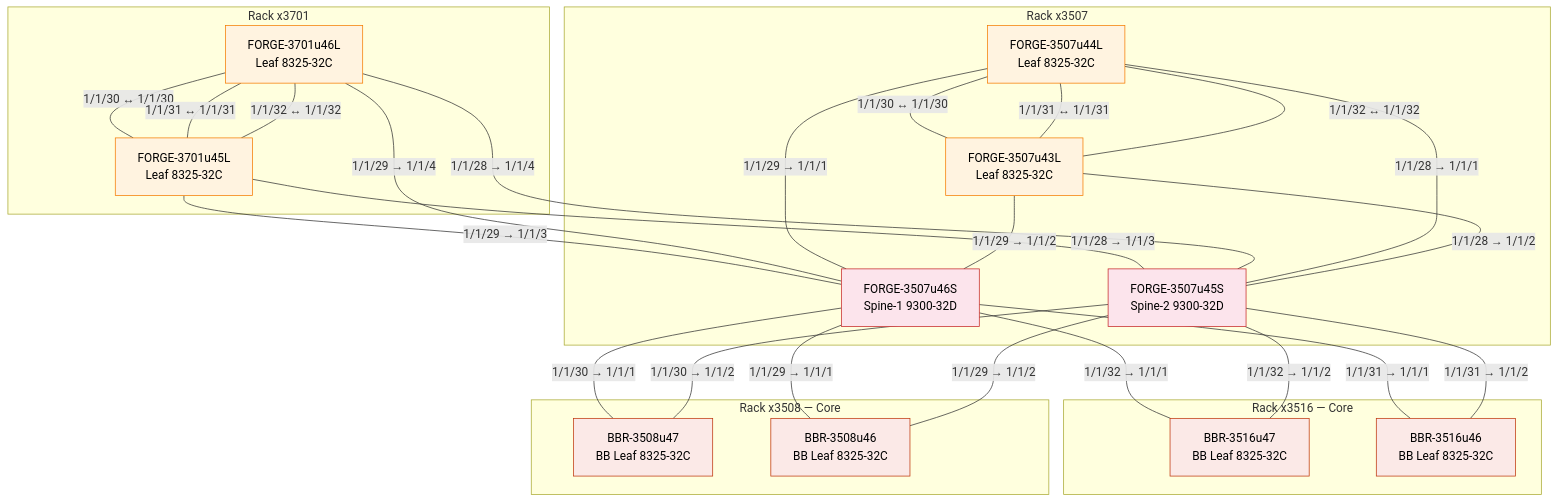
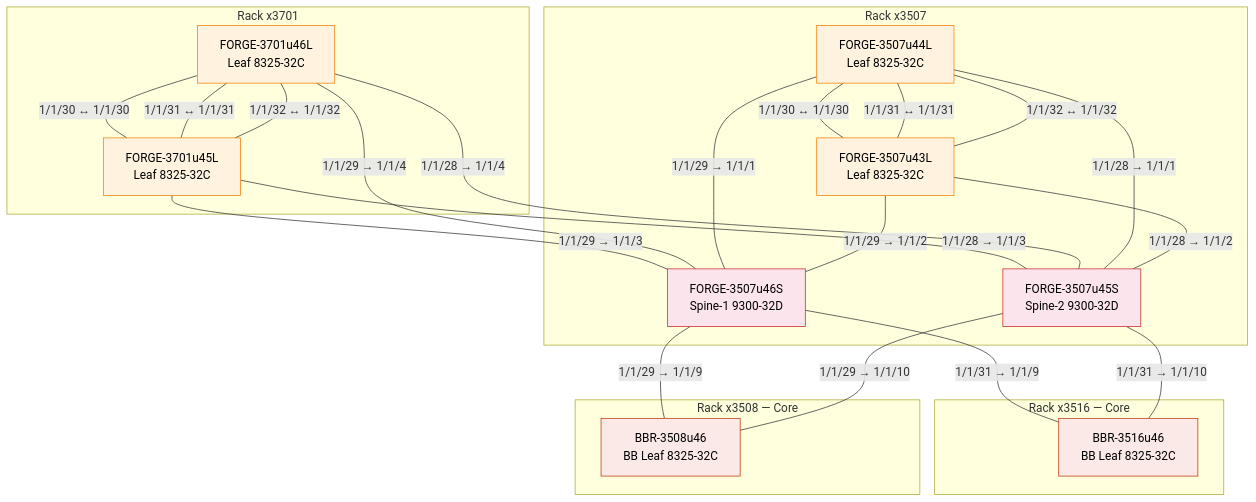
Before and after one commit to Cray-HPE/cani: the third of 3 diagrams in gnv2.md, drawn with Mermaid. The commit also changed other lines of this file and 6 other files, not shown here.

````diff
--- a/gnv2.md
+++ b/gnv2.md
@@ -117,63 +155,57 @@
 ```mermaid
 graph TB
     classDef leaf fill:#fff3e0,stroke:#f57c00,color:#000
     classDef spine fill:#fce4ec,stroke:#c62828,color:#000
     classDef bbleaf fill:#fbe9e7,stroke:#bf360c,color:#000
 
     subgraph x3701["Rack x3701"]
         FORGE3701u46L["FORGE-3701u46L<br/>Leaf 8325-32C"]:::leaf
         FORGE3701u45L["FORGE-3701u45L<br/>Leaf 8325-32C"]:::leaf
     end
 
     subgraph x3507["Rack x3507"]
         FORGE3507u46S["FORGE-3507u46S<br/>Spine-1 9300-32D"]:::spine
         FORGE3507u45S["FORGE-3507u45S<br/>Spine-2 9300-32D"]:::spine
         FORGE3507u44L["FORGE-3507u44L<br/>Leaf 8325-32C"]:::leaf
         FORGE3507u43L["FORGE-3507u43L<br/>Leaf 8325-32C"]:::leaf
     end
 
     subgraph x3516["Rack x3516 — Core"]
-        BBR47L["BBR-3516u47<br/>BB Leaf 8325-32C"]:::bbleaf
         BBR46L["BBR-3516u46<br/>BB Leaf 8325-32C"]:::bbleaf
     end
 
     subgraph x3508["Rack x3508 — Core"]
-        BBR3508u47["BBR-3508u47<br/>BB Leaf 8325-32C"]:::bbleaf
         BBR3508u46["BBR-3508u46<br/>BB Leaf 8325-32C"]:::bbleaf
     end
 
     %% ── x3701 leaves → x3507 spines ──
     FORGE3701u45L -- "1/1/29 → 1/1/3" --- FORGE3507u46S
     FORGE3701u45L -- "1/1/28 → 1/1/3" --- FORGE3507u45S
     FORGE3701u46L -- "1/1/29 → 1/1/4" --- FORGE3507u46S
     FORGE3701u46L -- "1/1/28 → 1/1/4" --- FORGE3507u45S
 
     %% ── x3701 ISL: u46L ↔ u45L (VSX) ──
     FORGE3701u46L -- "1/1/30 ↔ 1/1/30" --- FORGE3701u45L
     FORGE3701u46L -- "1/1/31 ↔ 1/1/31" --- FORGE3701u45L
     FORGE3701u46L -- "1/1/32 ↔ 1/1/32" --- FORGE3701u45L
 
     %% ── x3507 leaves → local spines ──
     FORGE3507u44L -- "1/1/29 → 1/1/1" --- FORGE3507u46S
     FORGE3507u44L -- "1/1/28 → 1/1/1" --- FORGE3507u45S
     FORGE3507u43L -- "1/1/29 → 1/1/2" --- FORGE3507u46S
     FORGE3507u43L -- "1/1/28 → 1/1/2" --- FORGE3507u45S
 
     %% ── x3507 ISL: u44L ↔ u43L (VSX) ──
     FORGE3507u44L -- "1/1/30 ↔ 1/1/30" --- FORGE3507u43L
     FORGE3507u44L -- "1/1/31 ↔ 1/1/31" --- FORGE3507u43L
     FORGE3507u44L -- "1/1/32 ↔ 1/1/32" --- FORGE3507u43L
 
     %% ── x3507 spines → BBR backbone leaves in x3516 (cross-rack) ──
-    FORGE3507u46S -- "1/1/32 → 1/1/1" --- BBR47L
-    FORGE3507u46S -- "1/1/31 → 1/1/1" --- BBR46L
-    FORGE3507u45S -- "1/1/32 → 1/1/2" --- BBR47L
-    FORGE3507u45S -- "1/1/31 → 1/1/2" --- BBR46L
+    FORGE3507u46S -- "1/1/31 → 1/1/9" --- BBR46L
+    FORGE3507u45S -- "1/1/31 → 1/1/10" --- BBR46L
 
     %% ── x3507 spines → BBR backbone leaves in x3508 (cross-rack) ──
-    FORGE3507u46S -- "1/1/30 → 1/1/1" --- BBR3508u47
-    FORGE3507u46S -- "1/1/29 → 1/1/1" --- BBR3508u46
-    FORGE3507u45S -- "1/1/30 → 1/1/2" --- BBR3508u47
-    FORGE3507u45S -- "1/1/29 → 1/1/2" --- BBR3508u46
+    FORGE3507u46S -- "1/1/29 → 1/1/9" --- BBR3508u46
+    FORGE3507u45S -- "1/1/29 → 1/1/10" --- BBR3508u46
 
 ```
````
